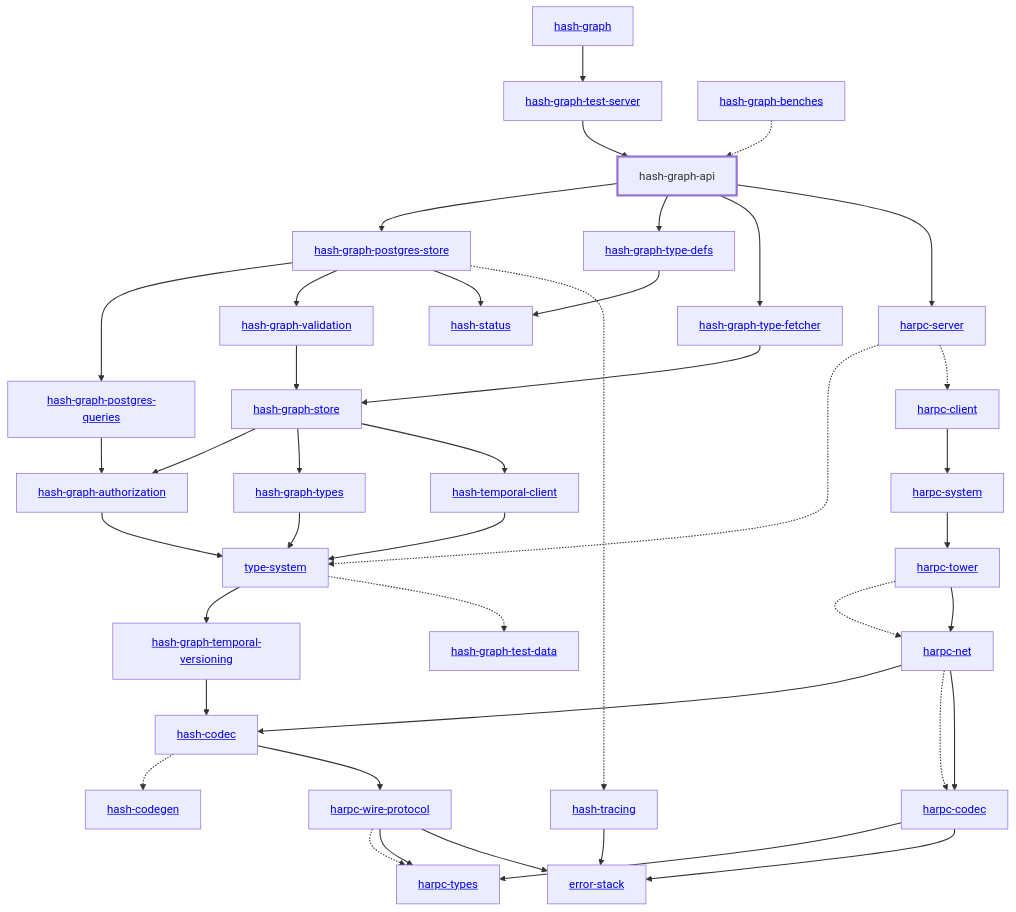
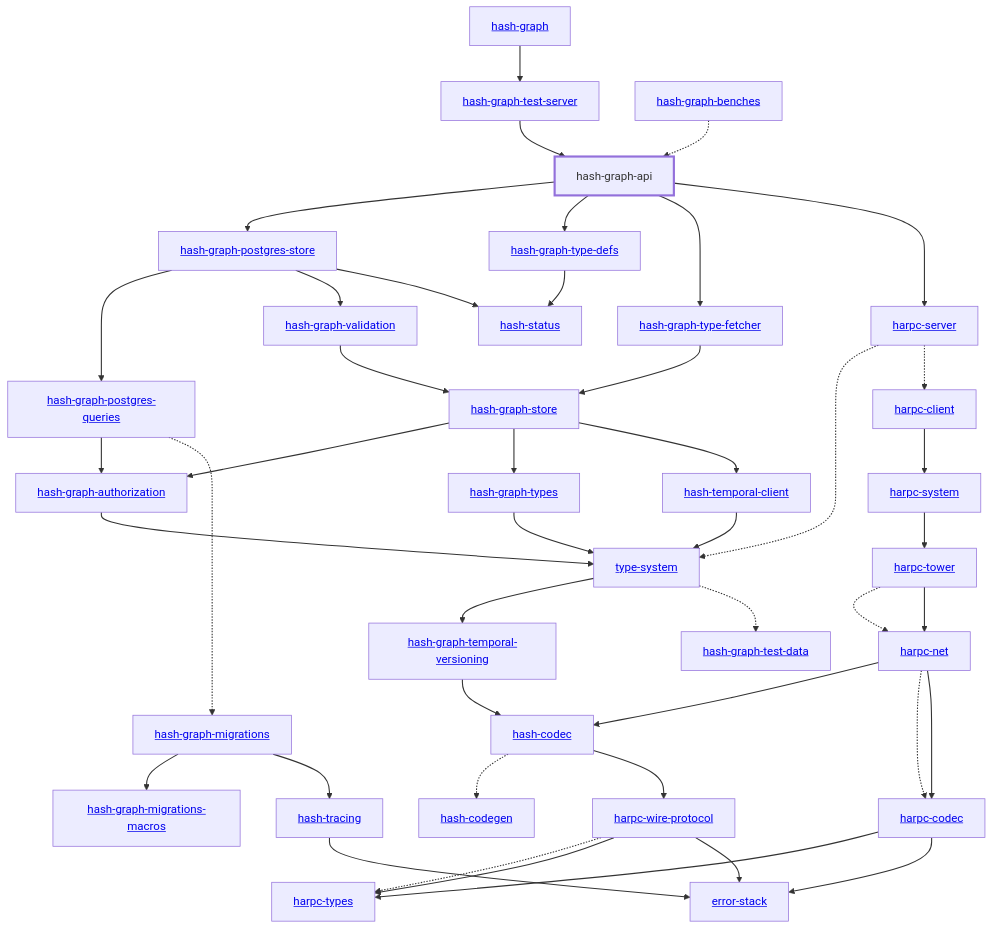
Before and after one commit to hashintel/hash: the diagram in libs/@local/graph/api/docs/dependency-diagram.mmd, drawn with Mermaid. The commit also changed 11 other files, not shown here.

```diff
--- a/libs/@local/graph/api/docs/dependency-diagram.mmd
+++ b/libs/@local/graph/api/docs/dependency-diagram.mmd
@@ -1,81 +1,85 @@
 graph TD
     linkStyle default stroke-width:1.5px
     classDef default stroke-width:1px
     classDef root stroke-width:3px
     classDef dev stroke-width:1px
     classDef build stroke-width:1px
     %% Legend
     %% --> : Normal dependency
     %% -.-> : Dev dependency
     %% ---> : Build dependency
     0[<a href="../hash_graph">hash-graph</a>]
     1[<a href="../type_system">type-system</a>]
     2[<a href="../hash_codec">hash-codec</a>]
     3[<a href="../hash_codegen">hash-codegen</a>]
     4[hash-graph-api]
     class 4 root
     5[<a href="../hash_graph_authorization">hash-graph-authorization</a>]
-    6[<a href="../hash_graph_postgres_queries">hash-graph-postgres-queries</a>]
-    7[<a href="../hash_graph_postgres_store">hash-graph-postgres-store</a>]
-    8[<a href="../hash_graph_store">hash-graph-store</a>]
-    9[<a href="../hash_graph_temporal_versioning">hash-graph-temporal-versioning</a>]
-    10[<a href="../hash_graph_test_server">hash-graph-test-server</a>]
-    11[<a href="../hash_graph_type_defs">hash-graph-type-defs</a>]
-    12[<a href="../hash_graph_type_fetcher">hash-graph-type-fetcher</a>]
-    13[<a href="../hash_graph_types">hash-graph-types</a>]
-    14[<a href="../hash_graph_validation">hash-graph-validation</a>]
-    15[<a href="../harpc_client">harpc-client</a>]
-    16[<a href="../harpc_codec">harpc-codec</a>]
-    17[<a href="../harpc_net">harpc-net</a>]
-    18[<a href="../harpc_server">harpc-server</a>]
-    19[<a href="../harpc_system">harpc-system</a>]
-    20[<a href="../harpc_tower">harpc-tower</a>]
-    21[<a href="../harpc_types">harpc-types</a>]
-    22[<a href="../harpc_wire_protocol">harpc-wire-protocol</a>]
-    23[<a href="../hash_status">hash-status</a>]
-    24[<a href="../hash_temporal_client">hash-temporal-client</a>]
-    25[<a href="../hash_tracing">hash-tracing</a>]
-    26[<a href="../error_stack">error-stack</a>]
-    27[<a href="../hash_graph_benches">hash-graph-benches</a>]
-    28[<a href="../hash_graph_test_data">hash-graph-test-data</a>]
-    0 --> 10
-    1 --> 9
-    1 -.-> 28
+    6[<a href="../hash_graph_migrations">hash-graph-migrations</a>]
+    7[<a href="../hash_graph_migrations_macros">hash-graph-migrations-macros</a>]
+    8[<a href="../hash_graph_postgres_queries">hash-graph-postgres-queries</a>]
+    9[<a href="../hash_graph_postgres_store">hash-graph-postgres-store</a>]
+    10[<a href="../hash_graph_store">hash-graph-store</a>]
+    11[<a href="../hash_graph_temporal_versioning">hash-graph-temporal-versioning</a>]
+    12[<a href="../hash_graph_test_server">hash-graph-test-server</a>]
+    13[<a href="../hash_graph_type_defs">hash-graph-type-defs</a>]
+    14[<a href="../hash_graph_type_fetcher">hash-graph-type-fetcher</a>]
+    15[<a href="../hash_graph_types">hash-graph-types</a>]
+    16[<a href="../hash_graph_validation">hash-graph-validation</a>]
+    17[<a href="../harpc_client">harpc-client</a>]
+    18[<a href="../harpc_codec">harpc-codec</a>]
+    19[<a href="../harpc_net">harpc-net</a>]
+    20[<a href="../harpc_server">harpc-server</a>]
+    21[<a href="../harpc_system">harpc-system</a>]
+    22[<a href="../harpc_tower">harpc-tower</a>]
+    23[<a href="../harpc_types">harpc-types</a>]
+    24[<a href="../harpc_wire_protocol">harpc-wire-protocol</a>]
+    25[<a href="../hash_status">hash-status</a>]
+    26[<a href="../hash_temporal_client">hash-temporal-client</a>]
+    27[<a href="../hash_tracing">hash-tracing</a>]
+    28[<a href="../error_stack">error-stack</a>]
+    29[<a href="../hash_graph_benches">hash-graph-benches</a>]
+    30[<a href="../hash_graph_test_data">hash-graph-test-data</a>]
+    0 --> 12
+    1 --> 11
+    1 -.-> 30
     2 -.-> 3
-    2 --> 22
-    4 --> 7
-    4 --> 11
-    4 --> 12
-    4 --> 18
+    2 --> 24
+    4 --> 9
+    4 --> 13
+    4 --> 14
+    4 --> 20
     5 --> 1
-    6 --> 5
-    7 --> 6
-    7 --> 14
-    7 --> 23
-    7 -.-> 25
+    6 --> 7
+    6 --> 27
     8 --> 5
-    8 --> 13
-    8 --> 24
-    9 --> 2
-    10 --> 4
-    11 --> 23
-    12 --> 8
-    13 --> 1
-    14 --> 8
-    15 --> 19
-    16 --> 21
-    16 --> 26
-    17 --> 2
-    17 -.-> 16
-    17 --> 16
-    18 -.-> 1
-    18 -.-> 15
-    19 --> 20
+    8 -.-> 6
+    9 --> 8
+    9 --> 16
+    9 --> 25
+    10 --> 5
+    10 --> 15
+    10 --> 26
+    11 --> 2
+    12 --> 4
+    13 --> 25
+    14 --> 10
+    15 --> 1
+    16 --> 10
+    17 --> 21
+    18 --> 23
+    18 --> 28
+    19 --> 2
+    19 -.-> 18
+    19 --> 18
+    20 -.-> 1
     20 -.-> 17
-    20 --> 17
-    22 -.-> 21
-    22 --> 21
-    22 --> 26
-    24 --> 1
-    25 --> 26
-    27 -.-> 4
+    21 --> 22
+    22 -.-> 19
+    22 --> 19
+    24 -.-> 23
+    24 --> 23
+    24 --> 28
+    26 --> 1
+    27 --> 28
+    29 -.-> 4
```
